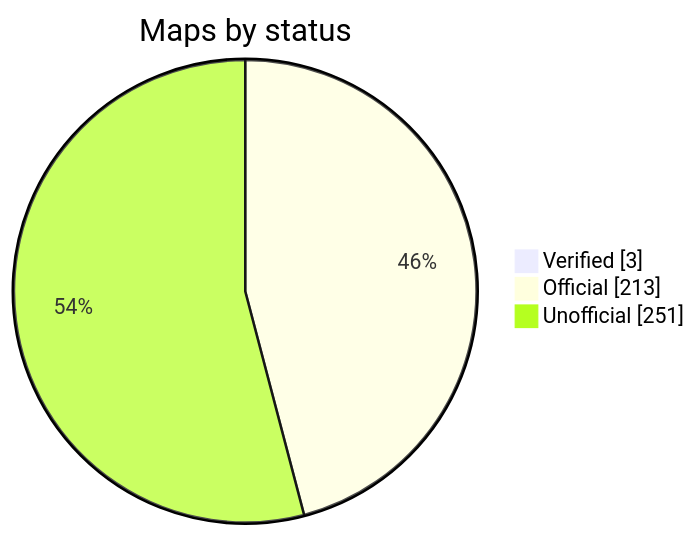
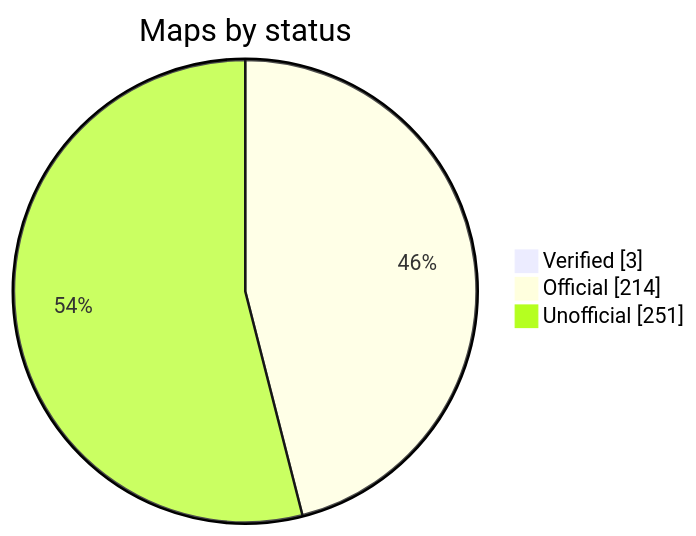
One commit to nobrega8/mbmap-library changed the diagram in README.md. Above: the diagram before and after it, drawn with Mermaid. The commit also changed 2 other files, not shown here.

Commit message:
Add Lumel NR30 DIN rail power network meter

````diff
--- a/README.md
+++ b/README.md
@@ -48,7 +48,7 @@
 ```mermaid
 pie showData
     title Maps by status
     "Verified" : 3
-    "Official" : 213
+    "Official" : 214
     "Unofficial" : 251
 ```
````
